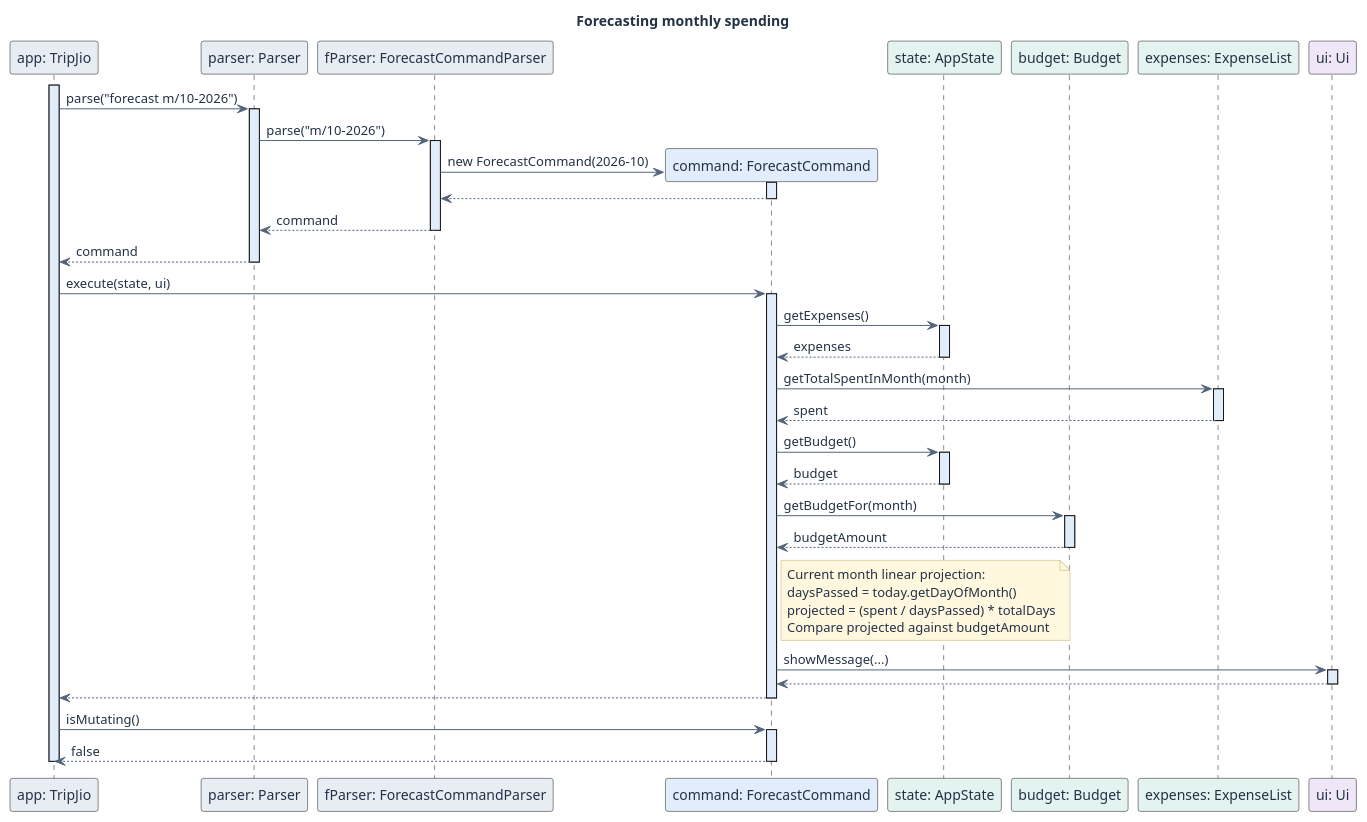
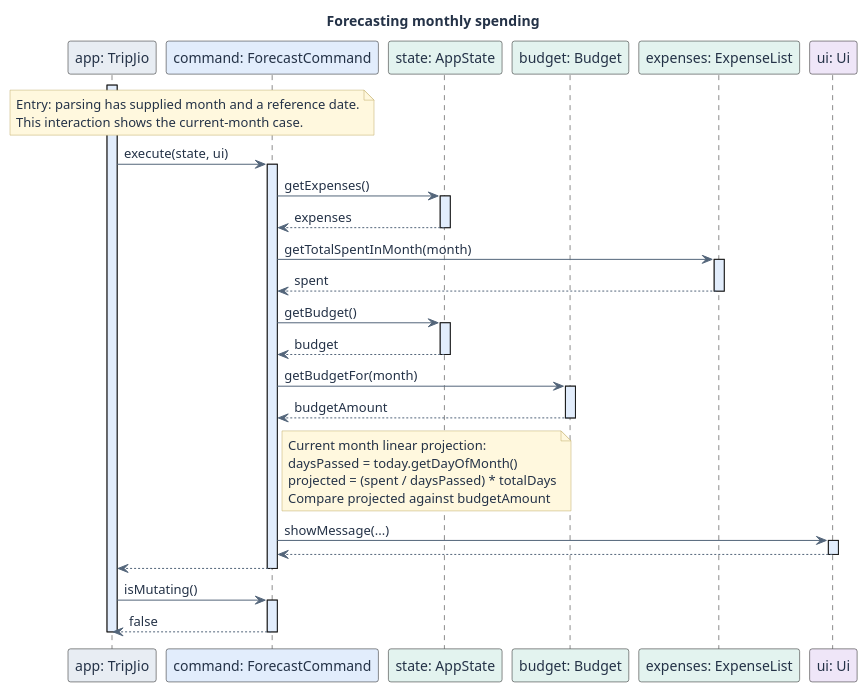
Before and after one commit to AY2627S1-CS2113-W10-1/tp: the diagram in docs/diagrams/ForecastSequence.puml, drawn with PlantUML. The commit also changed 18 other files, not shown here.

```diff
--- a/docs/diagrams/ForecastSequence.puml
+++ b/docs/diagrams/ForecastSequence.puml
@@ -1,57 +1,46 @@
 @startuml
 skinparam shadowing false
 skinparam backgroundColor #FFFFFF
 skinparam defaultFontColor #243247
 skinparam ArrowColor #53657A
 skinparam sequenceLifeLineBackgroundColor #E2EDFC
 skinparam NoteBackgroundColor #FFF8DE
 skinparam NoteBorderColor #BDAA65
 
 title Forecasting monthly spending
 
 participant "app: TripJio" as App #E8EDF3
-participant "parser: Parser" as Parser #E8EDF3
-participant "fParser: ForecastCommandParser" as FParser #E8EDF3
 participant "command: ForecastCommand" as Cmd #E2EDFC
 participant "state: AppState" as State #E3F3EF
 participant "budget: Budget" as Budget #E3F3EF
 participant "expenses: ExpenseList" as Expenses #E3F3EF
 participant "ui: Ui" as Ui #EFE6F8
 
 activate App
-App -> Parser ++ : parse("forecast m/10-2026")
-Parser -> FParser ++ : parse("m/10-2026")
-create Cmd
-FParser -> Cmd : new ForecastCommand(2026-10)
-activate Cmd
-Cmd --> FParser
-deactivate Cmd
-FParser --> Parser -- : command
-Parser --> App -- : command
-
+note over App, Cmd : Entry: parsing has supplied month and a reference date.\nThis interaction shows the current-month case.
 App -> Cmd ++ : execute(state, ui)
 Cmd -> State ++ : getExpenses()
 State --> Cmd -- : expenses
 Cmd -> Expenses ++ : getTotalSpentInMonth(month)
 Expenses --> Cmd -- : spent
 
 Cmd -> State ++ : getBudget()
 State --> Cmd -- : budget
 Cmd -> Budget ++ : getBudgetFor(month)
 Budget --> Cmd -- : budgetAmount
 
 note right of Cmd
   Current month linear projection:
   daysPassed = today.getDayOfMonth()
   projected = (spent / daysPassed) * totalDays
   Compare projected against budgetAmount
 end note
 
 Cmd -> Ui ++ : showMessage(...)
 Ui --> Cmd --
 Cmd --> App --
 
 App -> Cmd ++ : isMutating()
 Cmd --> App -- : false
 deactivate App
 @enduml
```
